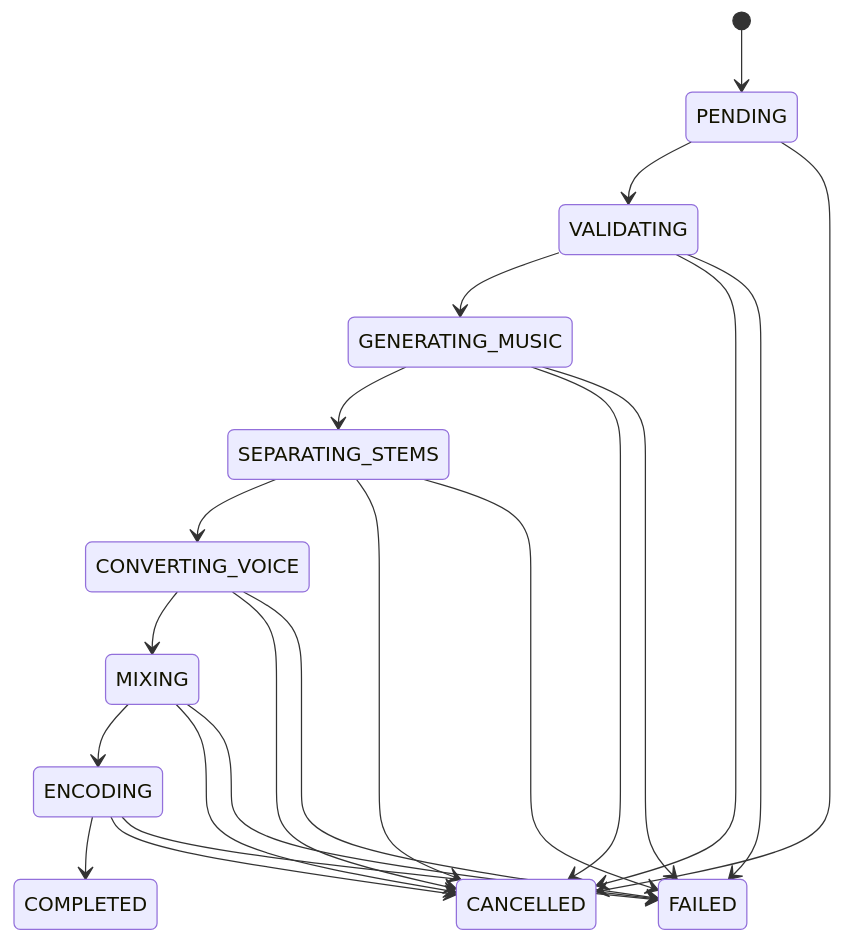
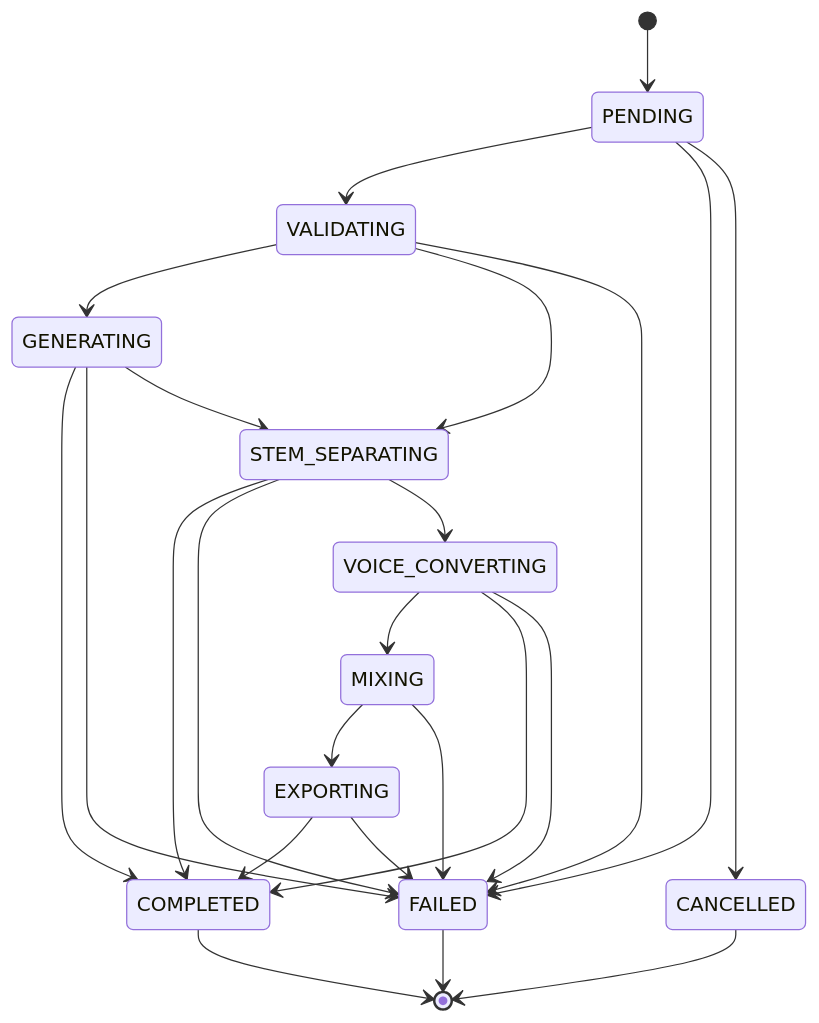
The diagram in docs/07-database/job-state-model.md (DohaStudio/DohaMusic), drawn with Mermaid before and after one commit. The commit also changed other lines of this file and 513 other files, not shown here.

````diff
--- a/docs/07-database/job-state-model.md
+++ b/docs/07-database/job-state-model.md
@@ -6,24 +8,26 @@
 ```mermaid
 stateDiagram-v2
   [*] --> PENDING
   PENDING --> VALIDATING
-  VALIDATING --> GENERATING_MUSIC
-  GENERATING_MUSIC --> SEPARATING_STEMS
-  SEPARATING_STEMS --> CONVERTING_VOICE
-  CONVERTING_VOICE --> MIXING
-  MIXING --> ENCODING
-  ENCODING --> COMPLETED
+  PENDING --> FAILED
+  VALIDATING --> GENERATING
+  VALIDATING --> STEM_SEPARATING
+  VALIDATING --> FAILED
+  GENERATING --> COMPLETED
+  GENERATING --> FAILED
+  GENERATING --> STEM_SEPARATING
+  STEM_SEPARATING --> COMPLETED
+  STEM_SEPARATING --> FAILED
+  STEM_SEPARATING --> VOICE_CONVERTING
+  VOICE_CONVERTING --> MIXING
+  VOICE_CONVERTING --> COMPLETED
+  VOICE_CONVERTING --> FAILED
+  MIXING --> EXPORTING
+  MIXING --> FAILED
+  EXPORTING --> COMPLETED
+  EXPORTING --> FAILED
   PENDING --> CANCELLED
-  VALIDATING --> CANCELLED
-  GENERATING_MUSIC --> CANCELLED
-  SEPARATING_STEMS --> CANCELLED
-  CONVERTING_VOICE --> CANCELLED
-  MIXING --> CANCELLED
-  ENCODING --> CANCELLED
-  VALIDATING --> FAILED
-  GENERATING_MUSIC --> FAILED
-  SEPARATING_STEMS --> FAILED
-  CONVERTING_VOICE --> FAILED
-  MIXING --> FAILED
-  ENCODING --> FAILED
+  COMPLETED --> [*]
+  FAILED --> [*]
+  CANCELLED --> [*]
 ```
````
